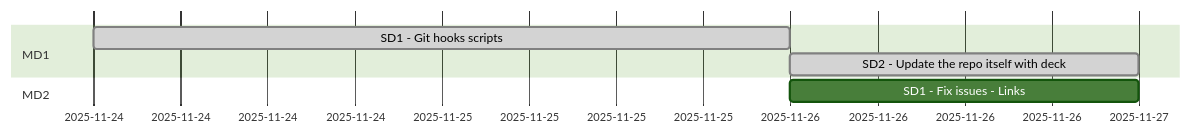
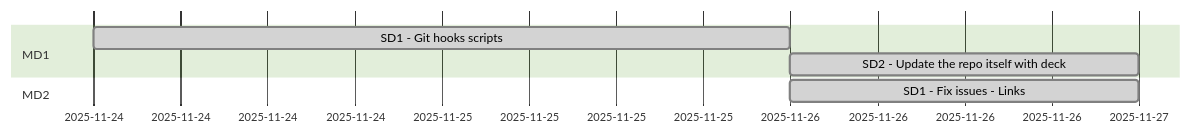
The diagram in DECK.md (hoss-java/githooks), drawn with Mermaid (forest theme) before and after one commit. The commit also changed other lines of this file and 1 other file, not shown here.

Commit message:
[W48-C003] update time plan
Deck-Link: https://github.com/hoss-java/githooks/blob/main/DECK.md#48-003

````diff
--- a/DECK.md
+++ b/DECK.md
@@ -27,10 +27,10 @@
 ```mermaid
 gantt
     section MD1
     SD1 - Git hooks scripts              :done,md1des1, 2025-11-24,2d
     SD2 - Update the repo itself with deck              :done,md1des2, after md1des1,1d
 
     section MD2
-    SD1 - Fix issues - Links                     :md2des1, 2025-11-26,1d
+    SD1 - Fix issues - Links                     :done,md2des1, 2025-11-26,1d
 
 ```
````
